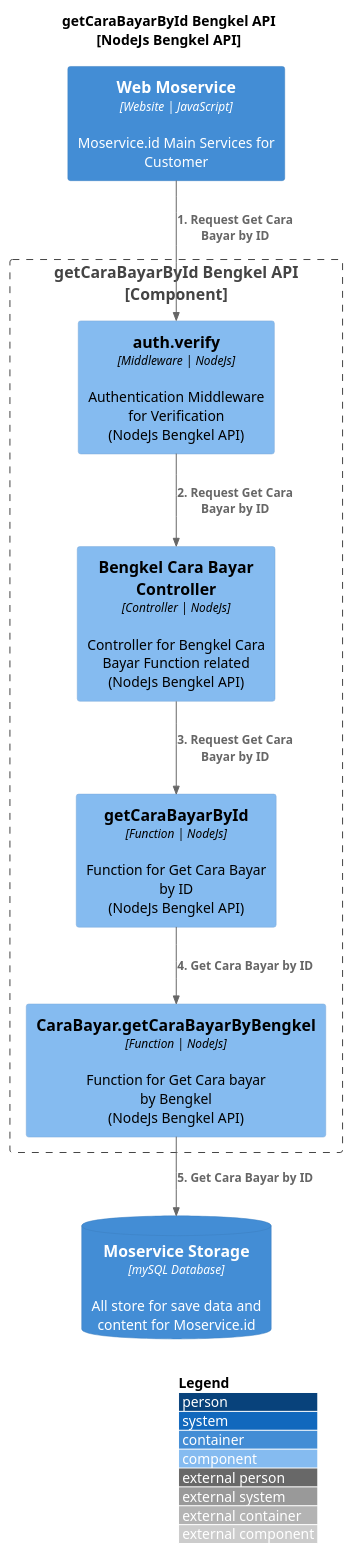
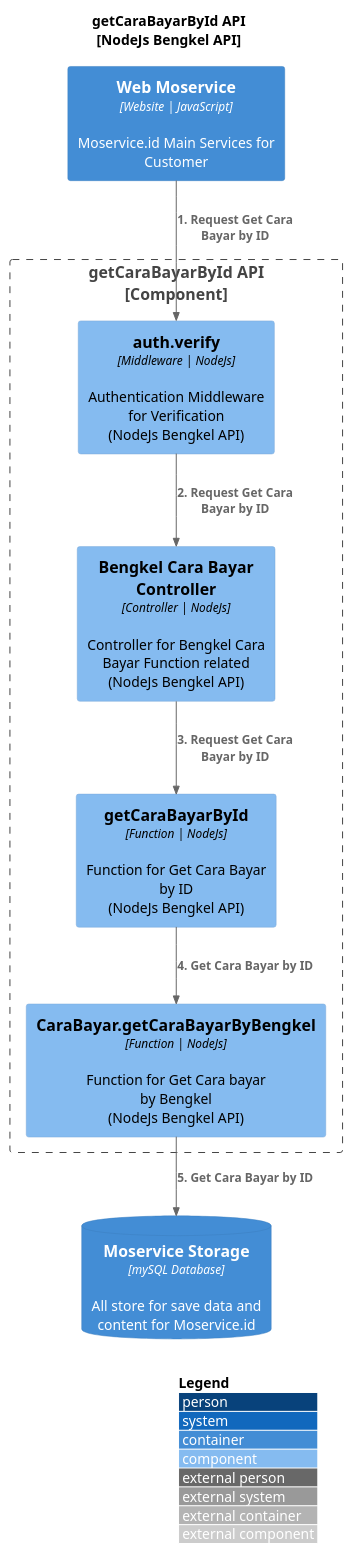
One commit to JoshAndreas/Project-C4-Diagram changed the diagram in [NodeJs]-bengkel/get-cara-bayar-by-id.puml. Above: the diagram before and after it, drawn with PlantUML. The commit also changed 189 other files, not shown here.

Commit message:
Add New C4 Diagram File NodeJs-Bengkel

```diff
--- a/[NodeJs]-bengkel/get-cara-bayar-by-id.puml
+++ b/[NodeJs]-bengkel/get-cara-bayar-by-id.puml
@@ -1,24 +1,24 @@
 @startuml
 !include https://raw.githubusercontent.com/plantuml-stdlib/C4-PlantUML/master/C4_Component.puml
 
 LAYOUT_WITH_LEGEND()
-title getCaraBayarById Bengkel API\n[NodeJs Bengkel API]
+title getCaraBayarById API\n[NodeJs Bengkel API]
 
 Container(Web_Moservice, "Web Moservice", "Website | JavaScript", "Moservice.id Main Services for Customer")
-Boundary(api, "getCaraBayarById Bengkel API\n[Component]"){
+Boundary(api, "getCaraBayarById API\n[Component]"){
     Component(auth_middleware, "auth.verify", "Middleware | NodeJs", "Authentication Middleware for Verification\n(NodeJs Bengkel API)")
     Component(bengkel, "Bengkel Cara Bayar Controller", "Controller | NodeJs", "Controller for Bengkel Cara Bayar Function related\n(NodeJs Bengkel API)")
 
     Component(getCaraBayarById, "getCaraBayarById", "Function | NodeJs", "Function for Get Cara Bayar by ID\n(NodeJs Bengkel API)")
     Component(getCaraBayarByBengkel, "CaraBayar.getCaraBayarByBengkel", "Function | NodeJs", "Function for Get Cara bayar by Bengkel\n(NodeJs Bengkel API)")
 
 }
 ContainerDb(database, "Moservice Storage", "mySQL Database", "All store for save data and content for Moservice.id")
 
 Rel(Web_Moservice, auth_middleware, "1. Request Get Cara Bayar by ID")
 Rel(auth_middleware, bengkel, "2. Request Get Cara Bayar by ID")
 Rel(bengkel, getCaraBayarById, "3. Request Get Cara Bayar by ID")
 Rel(getCaraBayarById, getCaraBayarByBengkel, "4. Get Cara Bayar by ID")
 Rel(getCaraBayarByBengkel, database, "5. Get Cara Bayar by ID")
 
 @enduml
```
